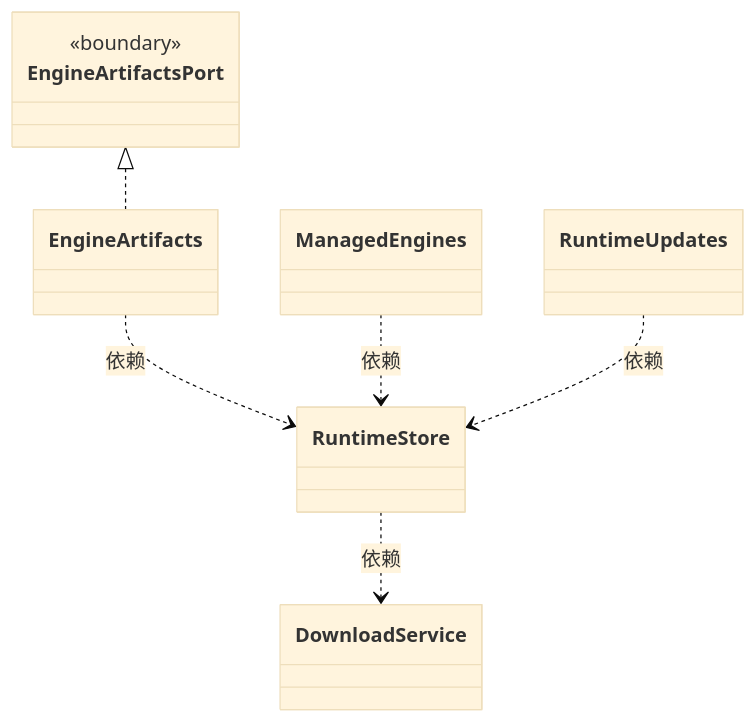
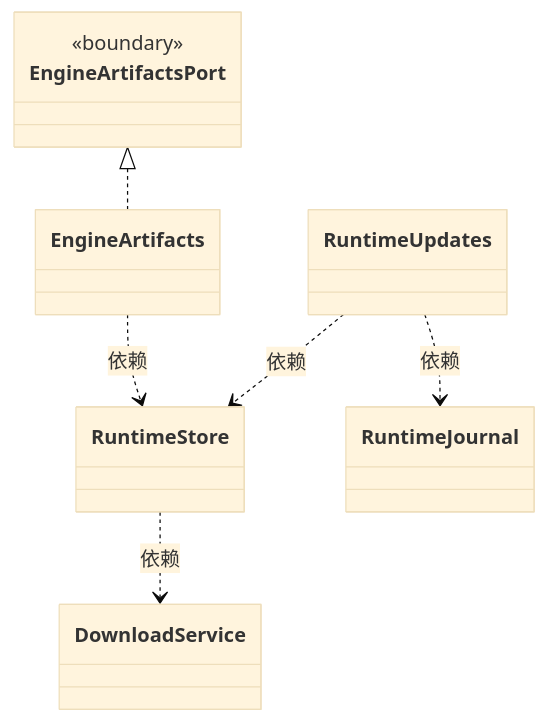
One commit to nan023062/cbim changed the first of 2 diagrams in src/logic-new/updates/service/ARCHITECTURE.md. Above: the diagram before and after it, drawn with Mermaid (base theme). The commit also changed other lines of this file and 24 other files, not shown here.

First line of the commit message:
chore: repair test ownership and architecture documentation

````diff
--- a/src/logic-new/updates/service/ARCHITECTURE.md
+++ b/src/logic-new/updates/service/ARCHITECTURE.md
@@ -31,22 +31,22 @@
 ```mermaid
 classDiagram
 class N_326d09be3c34["RuntimeStore"]
 click N_326d09be3c34 href "runtime-store.ts"
 class N_27f43957cf09["EngineArtifacts"]
 click N_27f43957cf09 href "engine-artifacts.ts"
-class N_8b5a4788f116["ManagedEngines"]
-click N_8b5a4788f116 href "managed-engines.ts"
 class N_594e29bbc534["DownloadService"]
 click N_594e29bbc534 href "download-service.ts"
 class N_f7f7ff1b05f9["RuntimeUpdates"]
 click N_f7f7ff1b05f9 href "runtime-updates.ts"
 class N_01bccf11a36f["EngineArtifactsPort"] {
   <<boundary>>
 }
 click N_01bccf11a36f href "../engine-artifacts.ts"
+class N_ec95f4e30b8e["RuntimeJournal"]
+click N_ec95f4e30b8e href "runtime-journal.ts"
 N_27f43957cf09 ..> N_326d09be3c34 : 依赖
 N_01bccf11a36f <|.. N_27f43957cf09
-N_8b5a4788f116 ..> N_326d09be3c34 : 依赖
 N_326d09be3c34 ..> N_594e29bbc534 : 依赖
 N_f7f7ff1b05f9 ..> N_326d09be3c34 : 依赖
+N_f7f7ff1b05f9 ..> N_ec95f4e30b8e : 依赖
 ```
````
